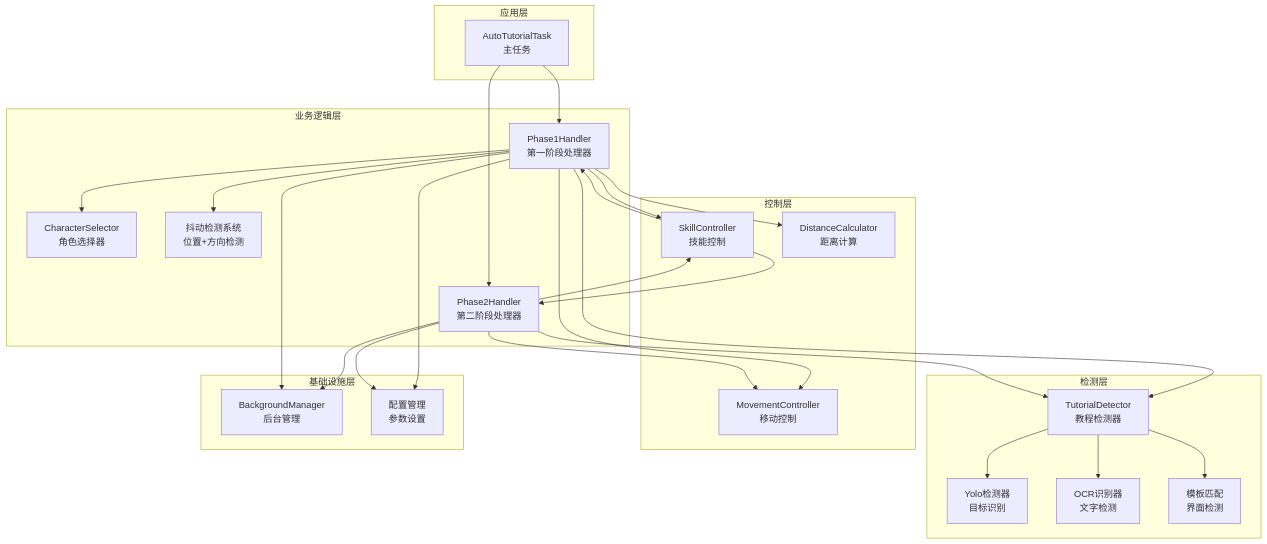
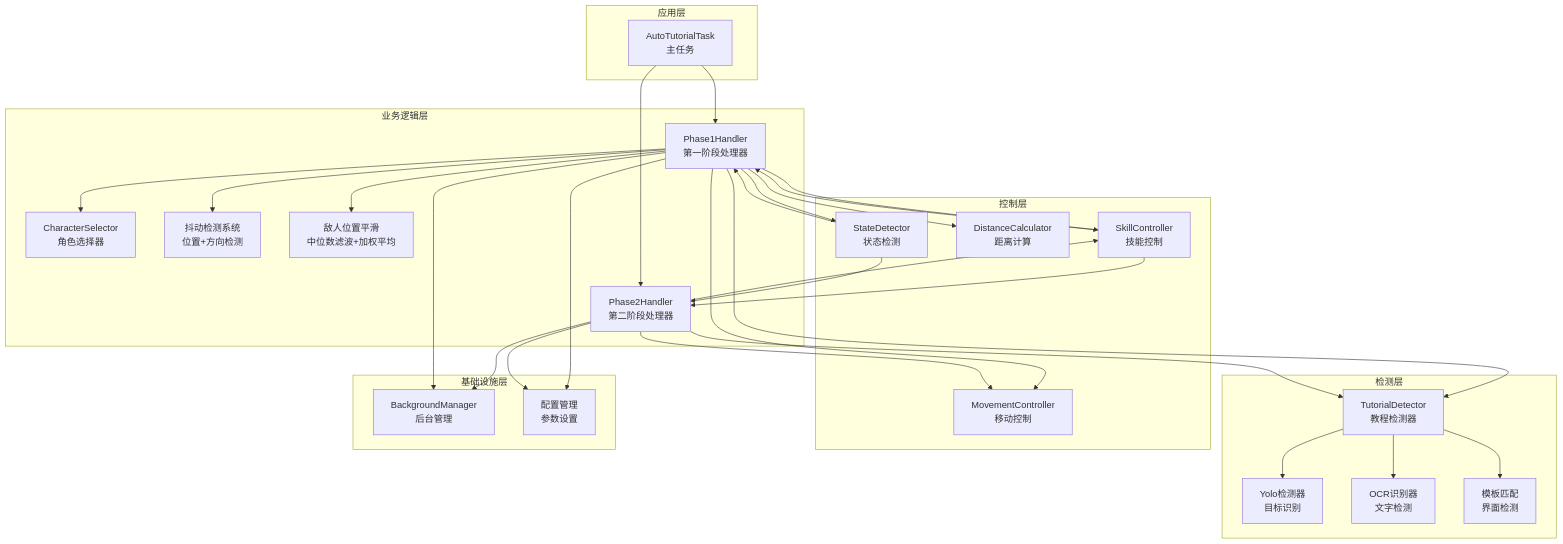
Before and after one commit to xsy098-max/ok-jump: the third of 7 diagrams in .qoder/repowiki/zh/content/Tutorial Phase1 Handler.md, drawn with Mermaid. The commit also changed other lines of this file and 19 other files, not shown here.

````diff
--- a/.qoder/repowiki/zh/content/Tutorial Phase1 Handler.md
+++ b/.qoder/repowiki/zh/content/Tutorial Phase1 Handler.md
@@ -207,47 +221,53 @@
 ```mermaid
 graph TB
 subgraph "应用层"
 AT[AutoTutorialTask<br/>主任务]
 end
 subgraph "业务逻辑层"
 PH[Phase1Handler<br/>第一阶段处理器]
 PH2[Phase2Handler<br/>第二阶段处理器]
 CS[CharacterSelector<br/>角色选择器]
 JDS[抖动检测系统<br/>位置+方向检测]
+EPS[敌人位置平滑<br/>中位数滤波+加权平均]
 end
 subgraph "检测层"
 TD[TutorialDetector<br/>教程检测器]
 YOLO[Yolo检测器<br/>目标识别]
 OCR[OCR识别器<br/>文字检测]
 TM[模板匹配<br/>界面检测]
 end
 subgraph "控制层"
 MC[MovementController<br/>移动控制]
 SC[SkillController<br/>技能控制]
 DC[DistanceCalculator<br/>距离计算]
+SD[StateDetector<br/>状态检测]
 end
 subgraph "基础设施层"
 BM[BackgroundManager<br/>后台管理]
 CFG[配置管理<br/>参数设置]
 end
 AT --> PH
 AT --> PH2
 PH --> CS
 PH --> TD
 PH --> JDS
+PH --> EPS
 PH --> MC
 PH --> SC
 PH --> DC
+PH --> SD
 PH2 --> TD
 PH2 --> SC
 PH2 --> MC
 PH2 --> BM
 TD --> YOLO
 TD --> OCR
 TD --> TM
 PH --> BM
 PH --> CFG
 PH2 --> CFG
 SC --> PH
 SC --> PH2
+SD --> PH
+SD --> PH2
 ```
````
